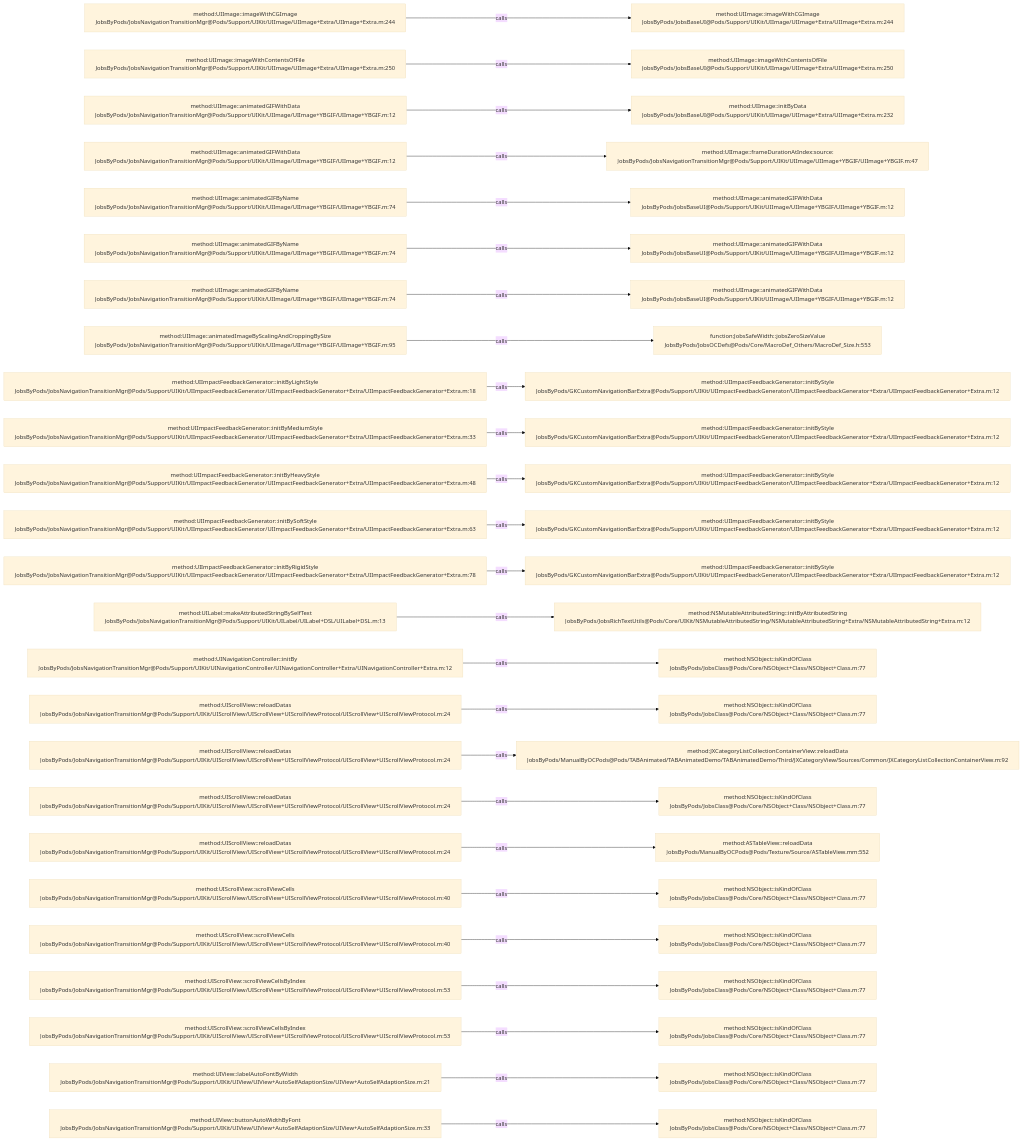
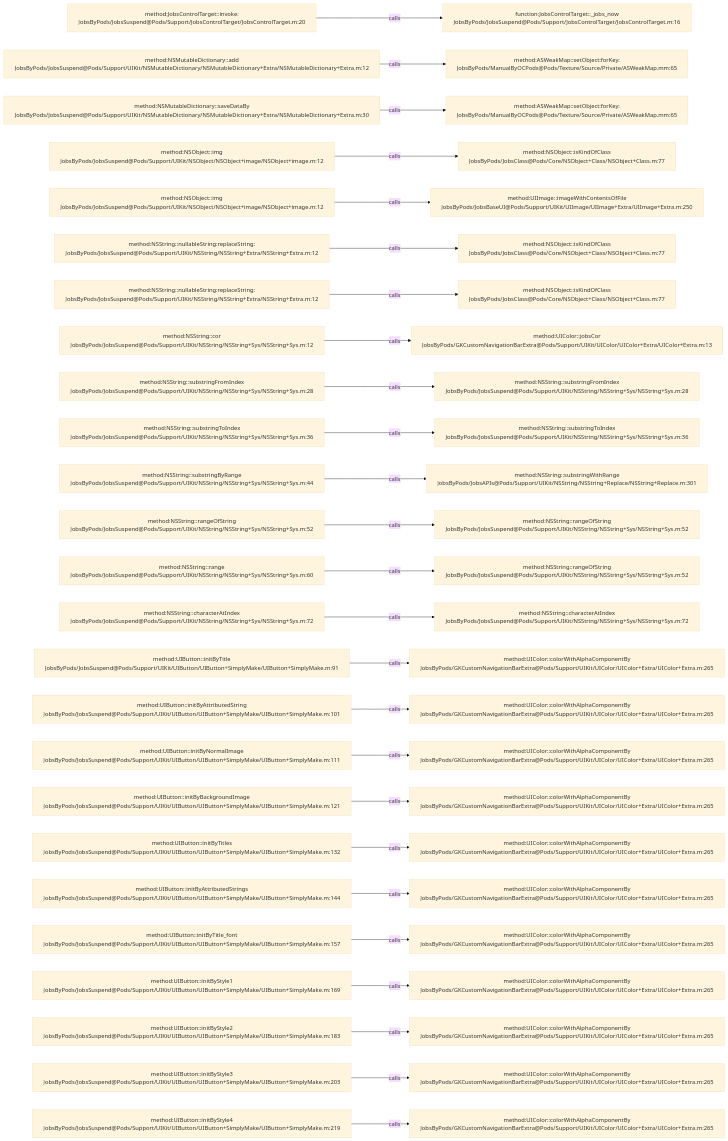
The diagram in .codegraph/codegraph.md/graphs/calls-169.md (JobsKits/JobsOCBaseConfigDemo), drawn with Mermaid (base theme) before and after one commit. The commit also changed 1026 other files, not shown here.

````diff
--- a/.codegraph/codegraph.md/graphs/calls-169.md
+++ b/.codegraph/codegraph.md/graphs/calls-169.md
@@ -13,78 +13,78 @@
 ```mermaid
 flowchart LR
-  S1["method:UIImage::imageWithCGImage<br/>JobsByPods/JobsNavigationTransitionMgr@Pods/Support/UIKit/UIImage/UIImage+Extra/UIImage+Extra.m:244"]
-  T1["method:UIImage::imageWithCGImage<br/>JobsByPods/JobsBaseUI@Pods/Support/UIKit/UIImage/UIImage+Extra/UIImage+Extra.m:244"]
+  S1["method:JobsControlTarget::invoke:<br/>JobsByPods/JobsSuspend@Pods/Support/JobsControlTarget/JobsControlTarget.m:20"]
+  T1["function:JobsControlTarget::_jobs_now<br/>JobsByPods/JobsSuspend@Pods/Support/JobsControlTarget/JobsControlTarget.m:16"]
   S1 -->|calls| T1
-  S2["method:UIImage::imageWithContentsOfFile<br/>JobsByPods/JobsNavigationTransitionMgr@Pods/Support/UIKit/UIImage/UIImage+Extra/UIImage+Extra.m:250"]
-  T2["method:UIImage::imageWithContentsOfFile<br/>JobsByPods/JobsBaseUI@Pods/Support/UIKit/UIImage/UIImage+Extra/UIImage+Extra.m:250"]
+  S2["method:NSMutableDictionary::add<br/>JobsByPods/JobsSuspend@Pods/Support/UIKit/NSMutableDictionary/NSMutableDictionary+Extra/NSMutableDictionary+Extra.m:12"]
+  T2["method:ASWeakMap::setObject:forKey:<br/>JobsByPods/ManualByOCPods@Pods/Texture/Source/Private/ASWeakMap.mm:65"]
   S2 -->|calls| T2
-  S3["method:UIImage::animatedGIFWithData<br/>JobsByPods/JobsNavigationTransitionMgr@Pods/Support/UIKit/UIImage/UIImage+YBGIF/UIImage+YBGIF.m:12"]
-  T3["method:UIImage::initByData<br/>JobsByPods/JobsBaseUI@Pods/Support/UIKit/UIImage/UIImage+Extra/UIImage+Extra.m:232"]
+  S3["method:NSMutableDictionary::saveDataBy<br/>JobsByPods/JobsSuspend@Pods/Support/UIKit/NSMutableDictionary/NSMutableDictionary+Extra/NSMutableDictionary+Extra.m:30"]
+  T3["method:ASWeakMap::setObject:forKey:<br/>JobsByPods/ManualByOCPods@Pods/Texture/Source/Private/ASWeakMap.mm:65"]
   S3 -->|calls| T3
-  S4["method:UIImage::animatedGIFWithData<br/>JobsByPods/JobsNavigationTransitionMgr@Pods/Support/UIKit/UIImage/UIImage+YBGIF/UIImage+YBGIF.m:12"]
-  T4["method:UIImage::frameDurationAtIndex:source:<br/>JobsByPods/JobsNavigationTransitionMgr@Pods/Support/UIKit/UIImage/UIImage+YBGIF/UIImage+YBGIF.m:47"]
+  S4["method:NSObject::img<br/>JobsByPods/JobsSuspend@Pods/Support/UIKit/NSObject/NSObject+image/NSObject+image.m:12"]
+  T4["method:NSObject::isKindOfClass<br/>JobsByPods/JobsClass@Pods/Core/NSObject+Class/NSObject+Class.m:77"]
   S4 -->|calls| T4
-  S5["method:UIImage::animatedGIFByName<br/>JobsByPods/JobsNavigationTransitionMgr@Pods/Support/UIKit/UIImage/UIImage+YBGIF/UIImage+YBGIF.m:74"]
-  T5["method:UIImage::animatedGIFWithData<br/>JobsByPods/JobsBaseUI@Pods/Support/UIKit/UIImage/UIImage+YBGIF/UIImage+YBGIF.m:12"]
+  S5["method:NSObject::img<br/>JobsByPods/JobsSuspend@Pods/Support/UIKit/NSObject/NSObject+image/NSObject+image.m:12"]
+  T5["method:UIImage::imageWithContentsOfFile<br/>JobsByPods/JobsBaseUI@Pods/Support/UIKit/UIImage/UIImage+Extra/UIImage+Extra.m:250"]
   S5 -->|calls| T5
-  S6["method:UIImage::animatedGIFByName<br/>JobsByPods/JobsNavigationTransitionMgr@Pods/Support/UIKit/UIImage/UIImage+YBGIF/UIImage+YBGIF.m:74"]
-  T6["method:UIImage::animatedGIFWithData<br/>JobsByPods/JobsBaseUI@Pods/Support/UIKit/UIImage/UIImage+YBGIF/UIImage+YBGIF.m:12"]
+  S6["method:NSString::nullableString:replaceString:<br/>JobsByPods/JobsSuspend@Pods/Support/UIKit/NSString/NSString+Extra/NSString+Extra.m:12"]
+  T6["method:NSObject::isKindOfClass<br/>JobsByPods/JobsClass@Pods/Core/NSObject+Class/NSObject+Class.m:77"]
   S6 -->|calls| T6
-  S7["method:UIImage::animatedGIFByName<br/>JobsByPods/JobsNavigationTransitionMgr@Pods/Support/UIKit/UIImage/UIImage+YBGIF/UIImage+YBGIF.m:74"]
-  T7["method:UIImage::animatedGIFWithData<br/>JobsByPods/JobsBaseUI@Pods/Support/UIKit/UIImage/UIImage+YBGIF/UIImage+YBGIF.m:12"]
+  S7["method:NSString::nullableString:replaceString:<br/>JobsByPods/JobsSuspend@Pods/Support/UIKit/NSString/NSString+Extra/NSString+Extra.m:12"]
+  T7["method:NSObject::isKindOfClass<br/>JobsByPods/JobsClass@Pods/Core/NSObject+Class/NSObject+Class.m:77"]
   S7 -->|calls| T7
-  S8["method:UIImage::animatedImageByScalingAndCroppingBySize<br/>JobsByPods/JobsNavigationTransitionMgr@Pods/Support/UIKit/UIImage/UIImage+YBGIF/UIImage+YBGIF.m:95"]
-  T8["function:JobsSafeWidth::jobsZeroSizeValue<br/>JobsByPods/JobsOCDefs@Pods/Core/MacroDef_Others/MacroDef_Size.h:553"]
+  S8["method:NSString::cor<br/>JobsByPods/JobsSuspend@Pods/Support/UIKit/NSString/NSString+Sys/NSString+Sys.m:12"]
+  T8["method:UIColor::jobsCor<br/>JobsByPods/GKCustomNavigationBarExtra@Pods/Support/UIKit/UIColor/UIColor+Extra/UIColor+Extra.m:13"]
   S8 -->|calls| T8
-  S9["method:UIImpactFeedbackGenerator::initByLightStyle<br/>JobsByPods/JobsNavigationTransitionMgr@Pods/Support/UIKit/UIImpactFeedbackGenerator/UIImpactFeedbackGenerator+Extra/UIImpactFeedbackGenerator+Extra.m:18"]
-  T9["method:UIImpactFeedbackGenerator::initByStyle<br/>JobsByPods/GKCustomNavigationBarExtra@Pods/Support/UIKit/UIImpactFeedbackGenerator/UIImpactFeedbackGenerator+Extra/UIImpactFeedbackGenerator+Extra.m:12"]
+  S9["method:NSString::substringFromIndex<br/>JobsByPods/JobsSuspend@Pods/Support/UIKit/NSString/NSString+Sys/NSString+Sys.m:28"]
+  T9["method:NSString::substringFromIndex<br/>JobsByPods/JobsSuspend@Pods/Support/UIKit/NSString/NSString+Sys/NSString+Sys.m:28"]
   S9 -->|calls| T9
-  S10["method:UIImpactFeedbackGenerator::initByMediumStyle<br/>JobsByPods/JobsNavigationTransitionMgr@Pods/Support/UIKit/UIImpactFeedbackGenerator/UIImpactFeedbackGenerator+Extra/UIImpactFeedbackGenerator+Extra.m:33"]
-  T10["method:UIImpactFeedbackGenerator::initByStyle<br/>JobsByPods/GKCustomNavigationBarExtra@Pods/Support/UIKit/UIImpactFeedbackGenerator/UIImpactFeedbackGenerator+Extra/UIImpactFeedbackGenerator+Extra.m:12"]
+  S10["method:NSString::substringToIndex<br/>JobsByPods/JobsSuspend@Pods/Support/UIKit/NSString/NSString+Sys/NSString+Sys.m:36"]
+  T10["method:NSString::substringToIndex<br/>JobsByPods/JobsSuspend@Pods/Support/UIKit/NSString/NSString+Sys/NSString+Sys.m:36"]
   S10 -->|calls| T10
-  S11["method:UIImpactFeedbackGenerator::initByHeavyStyle<br/>JobsByPods/JobsNavigationTransitionMgr@Pods/Support/UIKit/UIImpactFeedbackGenerator/UIImpactFeedbackGenerator+Extra/UIImpactFeedbackGenerator+Extra.m:48"]
-  T11["method:UIImpactFeedbackGenerator::initByStyle<br/>JobsByPods/GKCustomNavigationBarExtra@Pods/Support/UIKit/UIImpactFeedbackGenerator/UIImpactFeedbackGenerator+Extra/UIImpactFeedbackGenerator+Extra.m:12"]
+  S11["method:NSString::substringByRange<br/>JobsByPods/JobsSuspend@Pods/Support/UIKit/NSString/NSString+Sys/NSString+Sys.m:44"]
+  T11["method:NSString::substringWithRange<br/>JobsByPods/JobsAPIs@Pods/Support/UIKit/NSString/NSString+Replace/NSString+Replace.m:301"]
   S11 -->|calls| T11
-  S12["method:UIImpactFeedbackGenerator::initBySoftStyle<br/>JobsByPods/JobsNavigationTransitionMgr@Pods/Support/UIKit/UIImpactFeedbackGenerator/UIImpactFeedbackGenerator+Extra/UIImpactFeedbackGenerator+Extra.m:63"]
-  T12["method:UIImpactFeedbackGenerator::initByStyle<br/>JobsByPods/GKCustomNavigationBarExtra@Pods/Support/UIKit/UIImpactFeedbackGenerator/UIImpactFeedbackGenerator+Extra/UIImpactFeedbackGenerator+Extra.m:12"]
+  S12["method:NSString::rangeOfString<br/>JobsByPods/JobsSuspend@Pods/Support/UIKit/NSString/NSString+Sys/NSString+Sys.m:52"]
+  T12["method:NSString::rangeOfString<br/>JobsByPods/JobsSuspend@Pods/Support/UIKit/NSString/NSString+Sys/NSString+Sys.m:52"]
   S12 -->|calls| T12
-  S13["method:UIImpactFeedbackGenerator::initByRigidStyle<br/>JobsByPods/JobsNavigationTransitionMgr@Pods/Support/UIKit/UIImpactFeedbackGenerator/UIImpactFeedbackGenerator+Extra/UIImpactFeedbackGenerator+Extra.m:78"]
-  T13["method:UIImpactFeedbackGenerator::initByStyle<br/>JobsByPods/GKCustomNavigationBarExtra@Pods/Support/UIKit/UIImpactFeedbackGenerator/UIImpactFeedbackGenerator+Extra/UIImpactFeedbackGenerator+Extra.m:12"]
+  S13["method:NSString::range<br/>JobsByPods/JobsSuspend@Pods/Support/UIKit/NSString/NSString+Sys/NSString+Sys.m:60"]
+  T13["method:NSString::rangeOfString<br/>JobsByPods/JobsSuspend@Pods/Support/UIKit/NSString/NSString+Sys/NSString+Sys.m:52"]
   S13 -->|calls| T13
-  S14["method:UILabel::makeAttributedStringBySelfText<br/>JobsByPods/JobsNavigationTransitionMgr@Pods/Support/UIKit/UILabel/UILabel+DSL/UILabel+DSL.m:13"]
-  T14["method:NSMutableAttributedString::initByAttributedString<br/>JobsByPods/JobsRichTextUtils@Pods/Core/UIKit/NSMutableAttributedString/NSMutableAttributedString+Extra/NSMutableAttributedString+Extra.m:12"]
+  S14["method:NSString::characterAtIndex<br/>JobsByPods/JobsSuspend@Pods/Support/UIKit/NSString/NSString+Sys/NSString+Sys.m:72"]
+  T14["method:NSString::characterAtIndex<br/>JobsByPods/JobsSuspend@Pods/Support/UIKit/NSString/NSString+Sys/NSString+Sys.m:72"]
   S14 -->|calls| T14
-  S15["method:UINavigationController::initBy<br/>JobsByPods/JobsNavigationTransitionMgr@Pods/Support/UIKit/UINavigationController/UINavigationController+Extra/UINavigationController+Extra.m:12"]
-  T15["method:NSObject::isKindOfClass<br/>JobsByPods/JobsClass@Pods/Core/NSObject+Class/NSObject+Class.m:77"]
+  S15["method:UIButton::initByTitle<br/>JobsByPods/JobsSuspend@Pods/Support/UIKit/UIButton/UIButton+SimplyMake/UIButton+SimplyMake.m:91"]
+  T15["method:UIColor::colorWithAlphaComponentBy<br/>JobsByPods/GKCustomNavigationBarExtra@Pods/Support/UIKit/UIColor/UIColor+Extra/UIColor+Extra.m:265"]
   S15 -->|calls| T15
-  S16["method:UIScrollView::reloadDatas<br/>JobsByPods/JobsNavigationTransitionMgr@Pods/Support/UIKit/UIScrollView/UIScrollView+UIScrollViewProtocol/UIScrollView+UIScrollViewProtocol.m:24"]
-  T16["method:NSObject::isKindOfClass<br/>JobsByPods/JobsClass@Pods/Core/NSObject+Class/NSObject+Class.m:77"]
+  S16["method:UIButton::initByAttributedString<br/>JobsByPods/JobsSuspend@Pods/Support/UIKit/UIButton/UIButton+SimplyMake/UIButton+SimplyMake.m:101"]
+  T16["method:UIColor::colorWithAlphaComponentBy<br/>JobsByPods/GKCustomNavigationBarExtra@Pods/Support/UIKit/UIColor/UIColor+Extra/UIColor+Extra.m:265"]
   S16 -->|calls| T16
-  S17["method:UIScrollView::reloadDatas<br/>JobsByPods/JobsNavigationTransitionMgr@Pods/Support/UIKit/UIScrollView/UIScrollView+UIScrollViewProtocol/UIScrollView+UIScrollViewProtocol.m:24"]
-  T17["method:JXCategoryListCollectionContainerView::reloadData<br/>JobsByPods/ManualByOCPods@Pods/TABAnimated/TABAnimatedDemo/TABAnimatedDemo/Third/JXCategoryView/Sources/Common/JXCategoryListCollectionContainerView.m:92"]
+  S17["method:UIButton::initByNormalImage<br/>JobsByPods/JobsSuspend@Pods/Support/UIKit/UIButton/UIButton+SimplyMake/UIButton+SimplyMake.m:111"]
+  T17["method:UIColor::colorWithAlphaComponentBy<br/>JobsByPods/GKCustomNavigationBarExtra@Pods/Support/UIKit/UIColor/UIColor+Extra/UIColor+Extra.m:265"]
   S17 -->|calls| T17
-  S18["method:UIScrollView::reloadDatas<br/>JobsByPods/JobsNavigationTransitionMgr@Pods/Support/UIKit/UIScrollView/UIScrollView+UIScrollViewProtocol/UIScrollView+UIScrollViewProtocol.m:24"]
-  T18["method:NSObject::isKindOfClass<br/>JobsByPods/JobsClass@Pods/Core/NSObject+Class/NSObject+Class.m:77"]
+  S18["method:UIButton::initByBackgroundImage<br/>JobsByPods/JobsSuspend@Pods/Support/UIKit/UIButton/UIButton+SimplyMake/UIButton+SimplyMake.m:121"]
+  T18["method:UIColor::colorWithAlphaComponentBy<br/>JobsByPods/GKCustomNavigationBarExtra@Pods/Support/UIKit/UIColor/UIColor+Extra/UIColor+Extra.m:265"]
   S18 -->|calls| T18
-  S19["method:UIScrollView::reloadDatas<br/>JobsByPods/JobsNavigationTransitionMgr@Pods/Support/UIKit/UIScrollView/UIScrollView+UIScrollViewProtocol/UIScrollView+UIScrollViewProtocol.m:24"]
-  T19["method:ASTableView::reloadData<br/>JobsByPods/ManualByOCPods@Pods/Texture/Source/ASTableView.mm:552"]
+  S19["method:UIButton::initByTitles<br/>JobsByPods/JobsSuspend@Pods/Support/UIKit/UIButton/UIButton+SimplyMake/UIButton+SimplyMake.m:132"]
+  T19["method:UIColor::colorWithAlphaComponentBy<br/>JobsByPods/GKCustomNavigationBarExtra@Pods/Support/UIKit/UIColor/UIColor+Extra/UIColor+Extra.m:265"]
   S19 -->|calls| T19
-  S20["method:UIScrollView::scrollViewCells<br/>JobsByPods/JobsNavigationTransitionMgr@Pods/Support/UIKit/UIScrollView/UIScrollView+UIScrollViewProtocol/UIScrollView+UIScrollViewProtocol.m:40"]
-  T20["method:NSObject::isKindOfClass<br/>JobsByPods/JobsClass@Pods/Core/NSObject+Class/NSObject+Class.m:77"]
+  S20["method:UIButton::initByAttributedStrings<br/>JobsByPods/JobsSuspend@Pods/Support/UIKit/UIButton/UIButton+SimplyMake/UIButton+SimplyMake.m:144"]
+  T20["method:UIColor::colorWithAlphaComponentBy<br/>JobsByPods/GKCustomNavigationBarExtra@Pods/Support/UIKit/UIColor/UIColor+Extra/UIColor+Extra.m:265"]
   S20 -->|calls| T20
-  S21["method:UIScrollView::scrollViewCells<br/>JobsByPods/JobsNavigationTransitionMgr@Pods/Support/UIKit/UIScrollView/UIScrollView+UIScrollViewProtocol/UIScrollView+UIScrollViewProtocol.m:40"]
-  T21["method:NSObject::isKindOfClass<br/>JobsByPods/JobsClass@Pods/Core/NSObject+Class/NSObject+Class.m:77"]
+  S21["method:UIButton::initByTitle_font<br/>JobsByPods/JobsSuspend@Pods/Support/UIKit/UIButton/UIButton+SimplyMake/UIButton+SimplyMake.m:157"]
+  T21["method:UIColor::colorWithAlphaComponentBy<br/>JobsByPods/GKCustomNavigationBarExtra@Pods/Support/UIKit/UIColor/UIColor+Extra/UIColor+Extra.m:265"]
   S21 -->|calls| T21
-  S22["method:UIScrollView::scrollViewCellsByIndex<br/>JobsByPods/JobsNavigationTransitionMgr@Pods/Support/UIKit/UIScrollView/UIScrollView+UIScrollViewProtocol/UIScrollView+UIScrollViewProtocol.m:53"]
-  T22["method:NSObject::isKindOfClass<br/>JobsByPods/JobsClass@Pods/Core/NSObject+Class/NSObject+Class.m:77"]
+  S22["method:UIButton::initByStyle1<br/>JobsByPods/JobsSuspend@Pods/Support/UIKit/UIButton/UIButton+SimplyMake/UIButton+SimplyMake.m:169"]
+  T22["method:UIColor::colorWithAlphaComponentBy<br/>JobsByPods/GKCustomNavigationBarExtra@Pods/Support/UIKit/UIColor/UIColor+Extra/UIColor+Extra.m:265"]
   S22 -->|calls| T22
-  S23["method:UIScrollView::scrollViewCellsByIndex<br/>JobsByPods/JobsNavigationTransitionMgr@Pods/Support/UIKit/UIScrollView/UIScrollView+UIScrollViewProtocol/UIScrollView+UIScrollViewProtocol.m:53"]
-  T23["method:NSObject::isKindOfClass<br/>JobsByPods/JobsClass@Pods/Core/NSObject+Class/NSObject+Class.m:77"]
+  S23["method:UIButton::initByStyle2<br/>JobsByPods/JobsSuspend@Pods/Support/UIKit/UIButton/UIButton+SimplyMake/UIButton+SimplyMake.m:183"]
+  T23["method:UIColor::colorWithAlphaComponentBy<br/>JobsByPods/GKCustomNavigationBarExtra@Pods/Support/UIKit/UIColor/UIColor+Extra/UIColor+Extra.m:265"]
   S23 -->|calls| T23
-  S24["method:UIView::labelAutoFontByWidth<br/>JobsByPods/JobsNavigationTransitionMgr@Pods/Support/UIKit/UIView/UIView+AutoSelfAdaptionSize/UIView+AutoSelfAdaptionSize.m:21"]
-  T24["method:NSObject::isKindOfClass<br/>JobsByPods/JobsClass@Pods/Core/NSObject+Class/NSObject+Class.m:77"]
+  S24["method:UIButton::initByStyle3<br/>JobsByPods/JobsSuspend@Pods/Support/UIKit/UIButton/UIButton+SimplyMake/UIButton+SimplyMake.m:203"]
+  T24["method:UIColor::colorWithAlphaComponentBy<br/>JobsByPods/GKCustomNavigationBarExtra@Pods/Support/UIKit/UIColor/UIColor+Extra/UIColor+Extra.m:265"]
   S24 -->|calls| T24
-  S25["method:UIView::buttonAutoWidthByFont<br/>JobsByPods/JobsNavigationTransitionMgr@Pods/Support/UIKit/UIView/UIView+AutoSelfAdaptionSize/UIView+AutoSelfAdaptionSize.m:33"]
-  T25["method:NSObject::isKindOfClass<br/>JobsByPods/JobsClass@Pods/Core/NSObject+Class/NSObject+Class.m:77"]
+  S25["method:UIButton::initByStyle4<br/>JobsByPods/JobsSuspend@Pods/Support/UIKit/UIButton/UIButton+SimplyMake/UIButton+SimplyMake.m:219"]
+  T25["method:UIColor::colorWithAlphaComponentBy<br/>JobsByPods/GKCustomNavigationBarExtra@Pods/Support/UIKit/UIColor/UIColor+Extra/UIColor+Extra.m:265"]
   S25 -->|calls| T25
 ```
````
